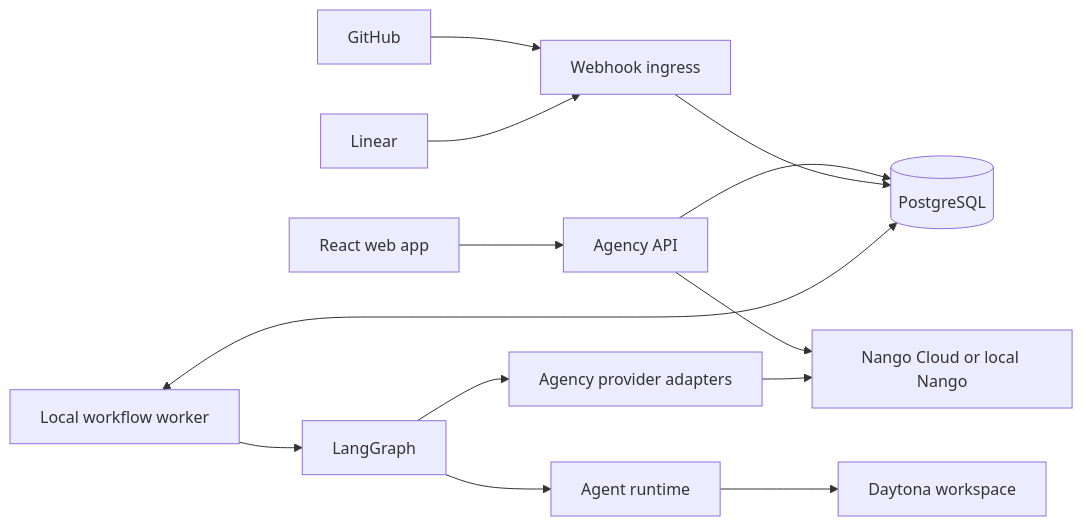
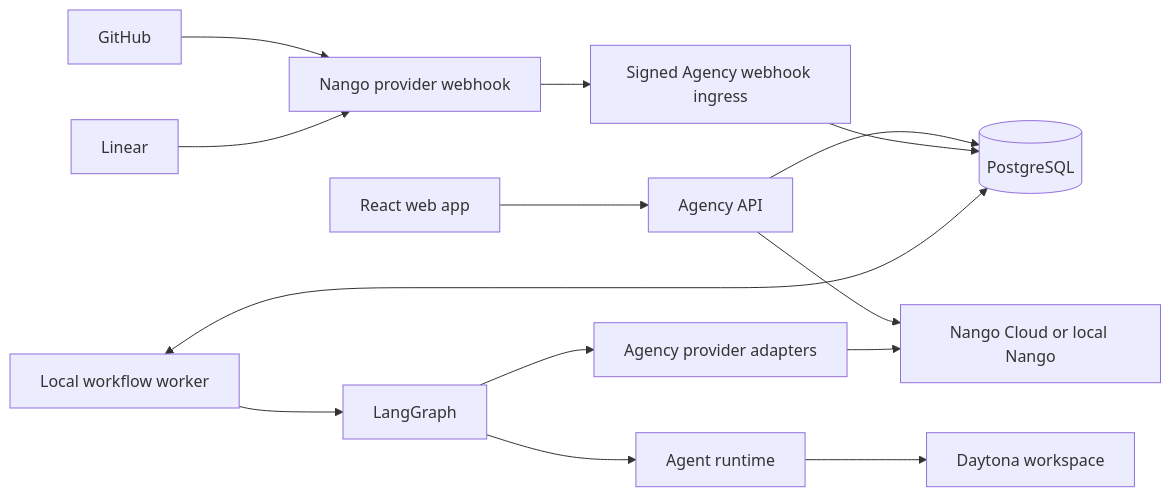
The diagram in apps/agentic/docs/agent-platform/integration-workflow-platform-plan.md (AndrewCraswell/agency), drawn with Mermaid before and after one commit. The commit also changed other lines of this file and 108 other files, not shown here.

````diff
--- a/apps/agentic/docs/agent-platform/integration-workflow-platform-plan.md
+++ b/apps/agentic/docs/agent-platform/integration-workflow-platform-plan.md
@@ -186,15 +400,16 @@
 ```mermaid
 flowchart LR
     UI[React web app] --> API[Agency API]
     API --> PG[(PostgreSQL)]
     API --> NC[Nango Cloud or local Nango]
-    GH[GitHub] --> WH[Webhook ingress]
-    LI[Linear] --> WH
+    GH[GitHub] --> NG[Nango provider webhook]
+    LI[Linear] --> NG
+    NG --> WH[Signed Agency webhook ingress]
     WH --> PG
     WK[Local workflow worker] <--> PG
     WK --> LG[LangGraph]
     LG --> PA[Agency provider adapters]
     PA --> NC
     LG --> AR[Agent runtime]
     AR --> WS[Daytona workspace]
 ```
````
